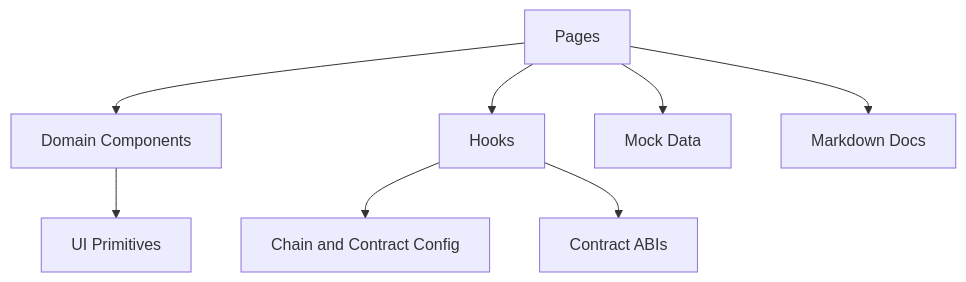
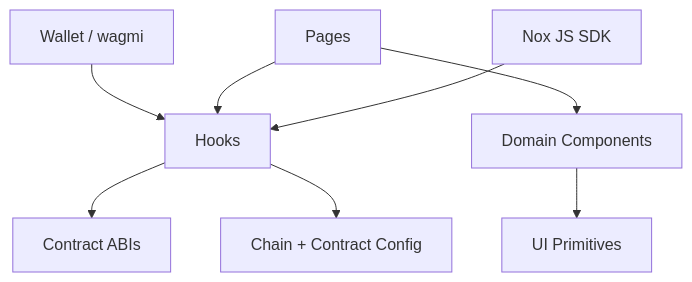
The first of 2 diagrams in README.md (AnticreticSafe/front-end), drawn with Mermaid before and after one commit. The commit also changed other lines of this file, not shown here.

````diff
--- a/README.md
+++ b/README.md
@@ -53,10 +133,10 @@
 ```mermaid
 flowchart TD
-	Pages[Pages] --> Domain[Domain Components]
-	Domain --> UI[UI Primitives]
-	Pages --> Hooks[Hooks]
-	Hooks --> Config[Chain and Contract Config]
-	Hooks --> ABI[Contract ABIs]
-	Pages --> Data[Mock Data]
-	Pages --> Docs[Markdown Docs]
+    Wallet[Wallet / wagmi] --> Hooks
+    Hooks --> ABI[Contract ABIs]
+    Hooks --> Config[Chain + Contract Config]
+    Pages --> Hooks
+    Pages --> Components[Domain Components]
+    Components --> UI[UI Primitives]
+    NoxSDK[Nox JS SDK] --> Hooks
 ```
````
